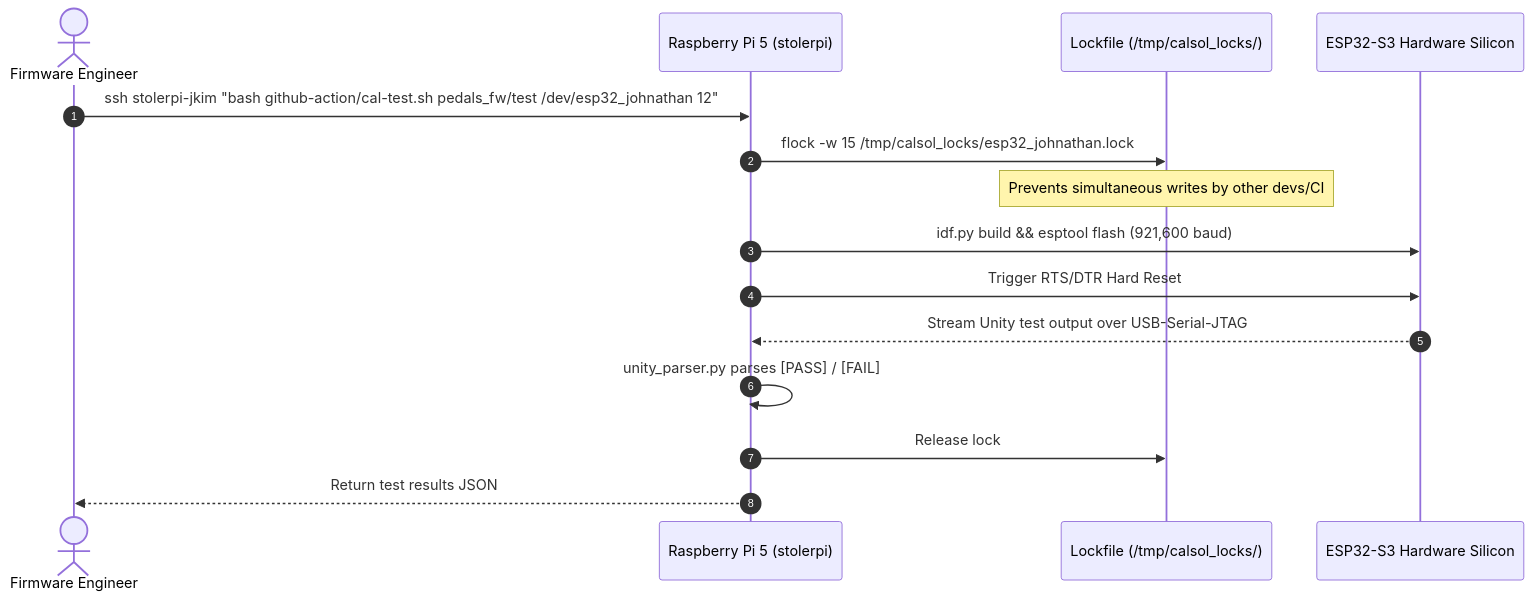
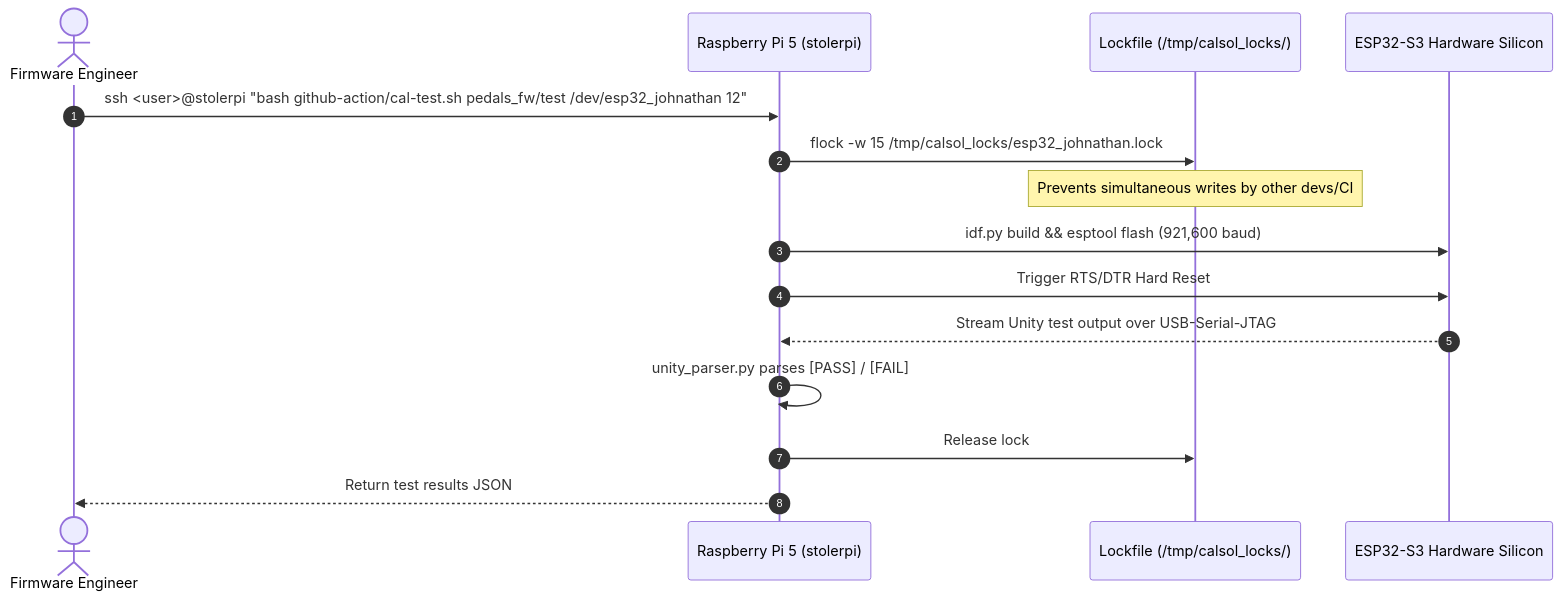
Before and after one commit to JuneKim0712/CAN-Testbench: the second of 4 diagrams in docs/CAN_TESTBENCH_STAGE_GUIDE.md, drawn with Mermaid. The commit also changed other lines of this file and 5 other files, not shown here.

````diff
--- a/docs/CAN_TESTBENCH_STAGE_GUIDE.md
+++ b/docs/CAN_TESTBENCH_STAGE_GUIDE.md
@@ -95,18 +95,18 @@
 ```mermaid
 sequenceDiagram
     autonumber
     actor Dev as Firmware Engineer
     participant Host as Raspberry Pi 5 (stolerpi)
     participant Lock as Lockfile (/tmp/calsol_locks/)
     participant ESP as ESP32-S3 Hardware Silicon
 
-    Dev->>Host: ssh stolerpi-jkim "bash github-action/cal-test.sh pedals_fw/test /dev/esp32_johnathan 12"
+    Dev->>Host: ssh <user>@stolerpi "bash github-action/cal-test.sh pedals_fw/test /dev/esp32_johnathan 12"
     Host->>Lock: flock -w 15 /tmp/calsol_locks/esp32_johnathan.lock
     Note over Lock: Prevents simultaneous writes by other devs/CI
     Host->>ESP: idf.py build && esptool flash (921,600 baud)
     Host->>ESP: Trigger RTS/DTR Hard Reset
     ESP-->>Host: Stream Unity test output over USB-Serial-JTAG
     Host->>Host: unity_parser.py parses [PASS] / [FAIL]
     Host->>Lock: Release lock
     Host-->>Dev: Return test results JSON
 ```
````
